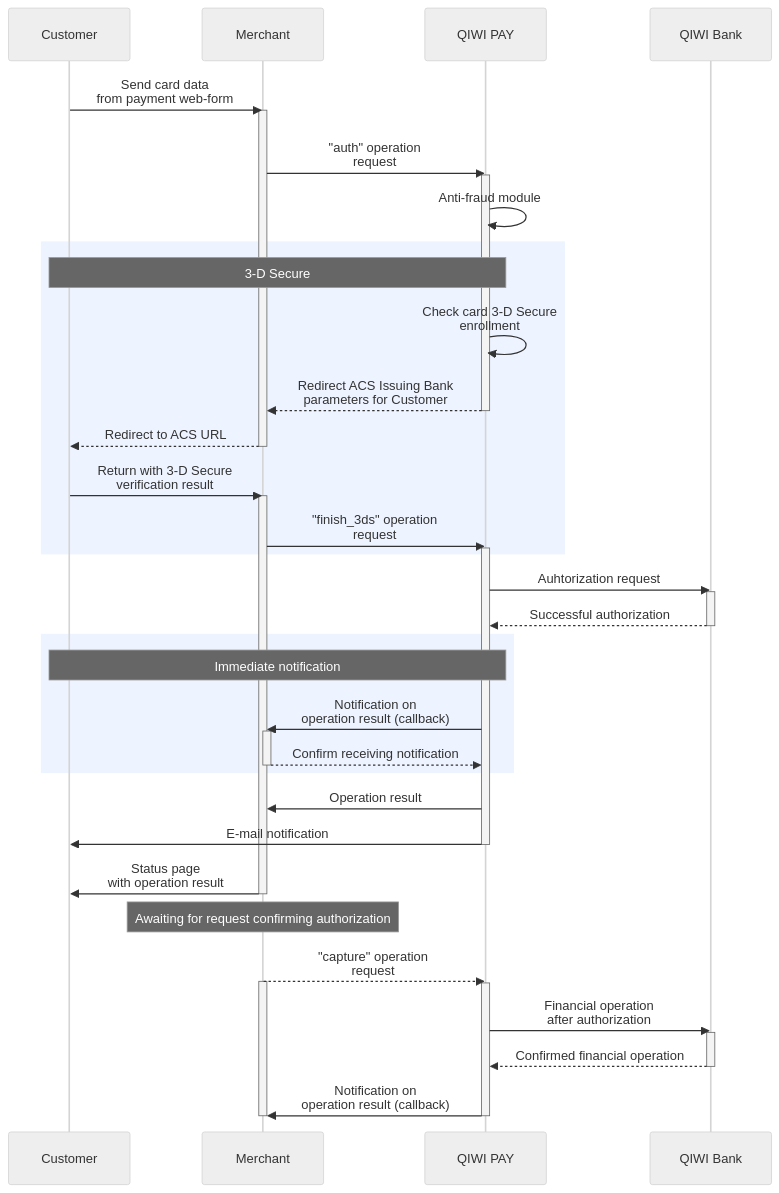
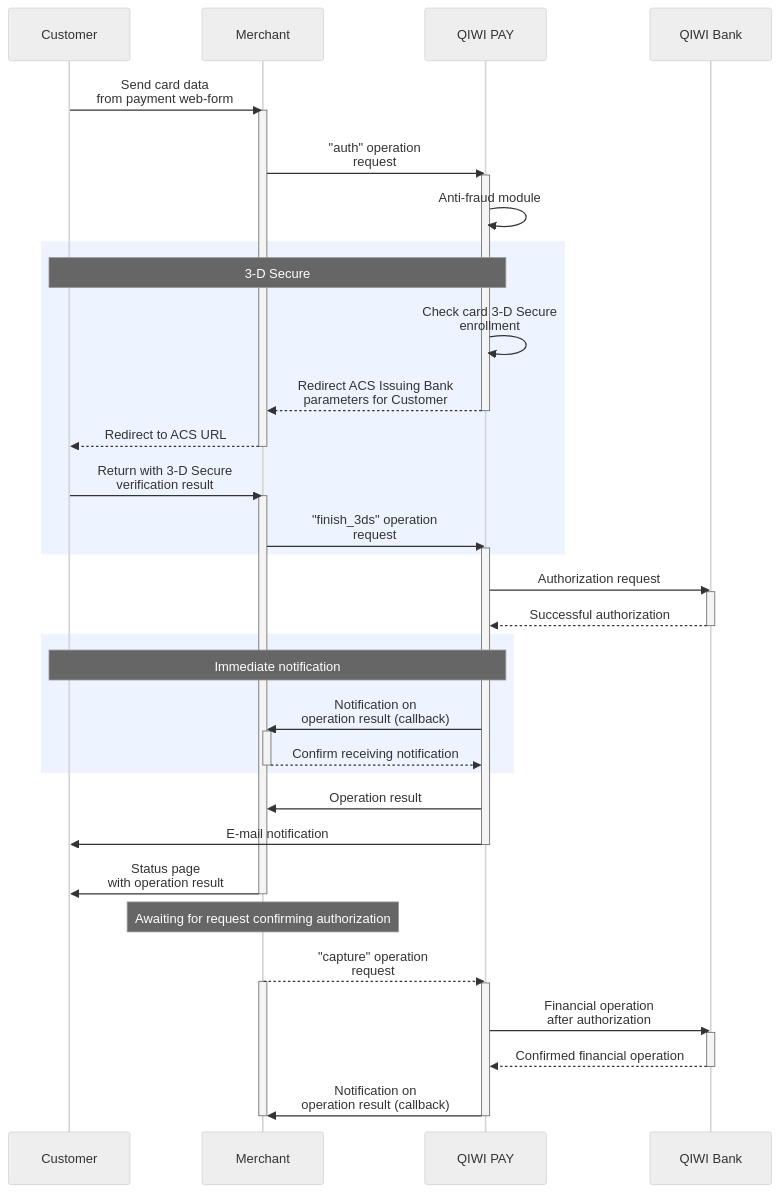
One commit to QIWI-API/qiwipay-docs changed the fourth of 4 diagrams in qiwipay_en.html.md. Above: the diagram before and after it, drawn with Mermaid (neutral theme). The commit also changed other lines of this file and 1 other file, not shown here.

```diff
--- a/qiwipay_en.html.md
+++ b/qiwipay_en.html.md
@@ -337,51 +322,51 @@
 <div class="mermaid">
 sequenceDiagram
 participant Customer
 participant Merchant
 participant QiwiPay as  QIWI PAY
 participant QiwiBank as QIWI Bank
 Customer->>Merchant:Send card data<br>from payment web-form
-activate Merchant 
-Merchant->>QiwiPay:<br>"auth" operation<br>request 
-activate QiwiPay 
+activate Merchant
+Merchant->>QiwiPay:<br>"auth" operation<br>request
+activate QiwiPay
 QiwiPay->>QiwiPay:Anti-fraud module
 rect rgb(237, 243, 255)
 Note over Customer, QiwiPay: 3-D Secure
 QiwiPay->>QiwiPay:Check card 3-D Secure<br>enrollment
 QiwiPay-->>Merchant:Redirect ACS Issuing Bank<br>parameters for Customer
 deactivate QiwiPay
 Merchant-->>Customer:Redirect to ACS URL
 deactivate Merchant
 Customer->>Merchant:Return with 3-D Secure<br>verification result
-activate Merchant 
+activate Merchant
 Merchant->>QiwiPay:"finish_3ds" operation<br>request
-activate QiwiPay 
+activate QiwiPay
 end
-QiwiPay->>QiwiBank: Auhtorization request
-activate QiwiBank 
+QiwiPay->>QiwiBank: Authorization request
+activate QiwiBank
 QiwiBank-->>QiwiPay: Successful authorization
-deactivate QiwiBank 
+deactivate QiwiBank
 rect rgb(237, 243, 255)
 Note over Customer, QiwiPay: Immediate notification
 QiwiPay->>Merchant:Notification on<br>operation result (callback)
-activate Merchant 
+activate Merchant
 Merchant-->>QiwiPay:Confirm receiving notification
 deactivate Merchant
 end
 QiwiPay->>Merchant:Operation result
 QiwiPay->>Customer:E-mail notification
 deactivate QiwiPay
 Merchant->>Customer:Status page<br>with operation result
 deactivate Merchant
 Note over Merchant: Awaiting for request confirming authorization
 Merchant-->>QiwiPay:"capture" operation<br>request
-activate Merchant 
-activate QiwiPay 
+activate Merchant
+activate QiwiPay
 QiwiPay->>QiwiBank:Financial operation<br>after authorization
-activate QiwiBank 
+activate QiwiBank
 QiwiBank-->>QiwiPay:Confirmed financial operation
 deactivate QiwiBank
 QiwiPay->>Merchant:Notification on<br>operation result (callback)
 deactivate QiwiPay
 deactivate Merchant
 </div>
```
